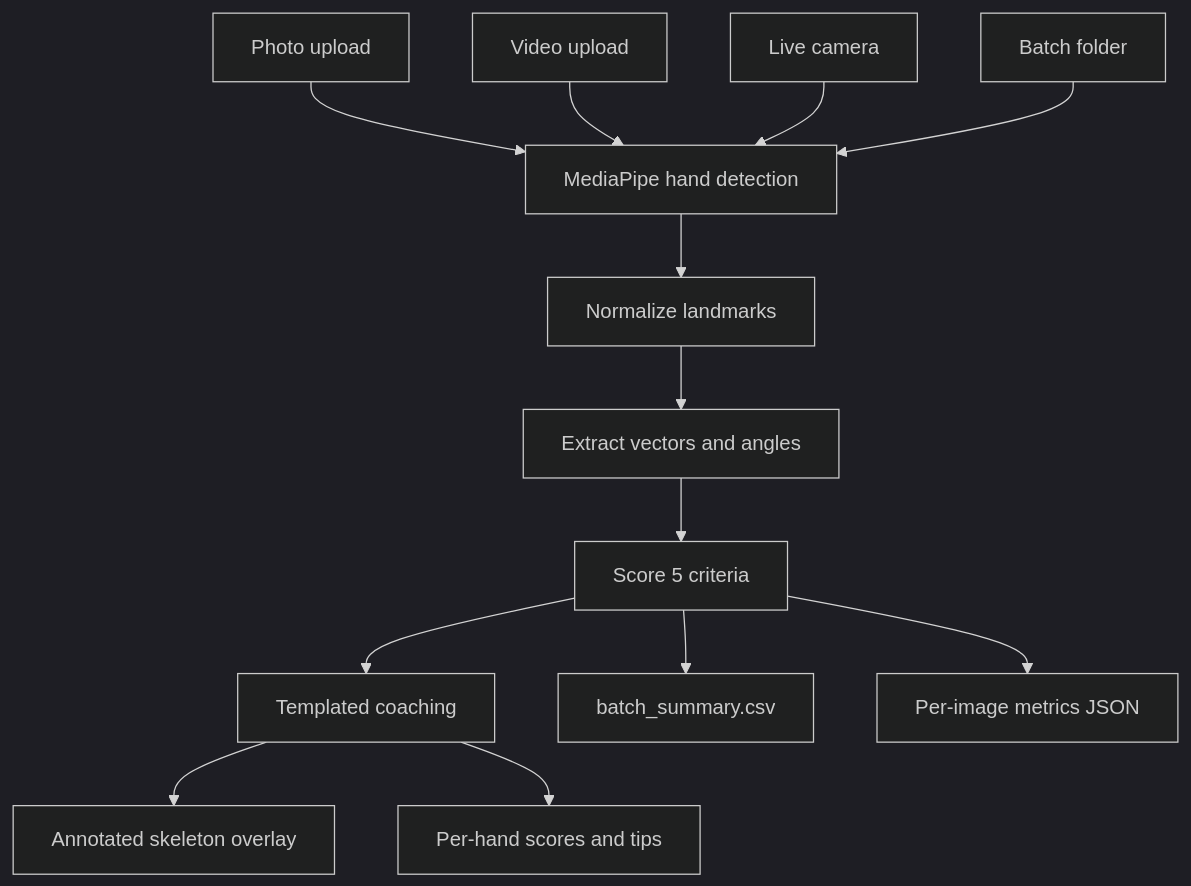
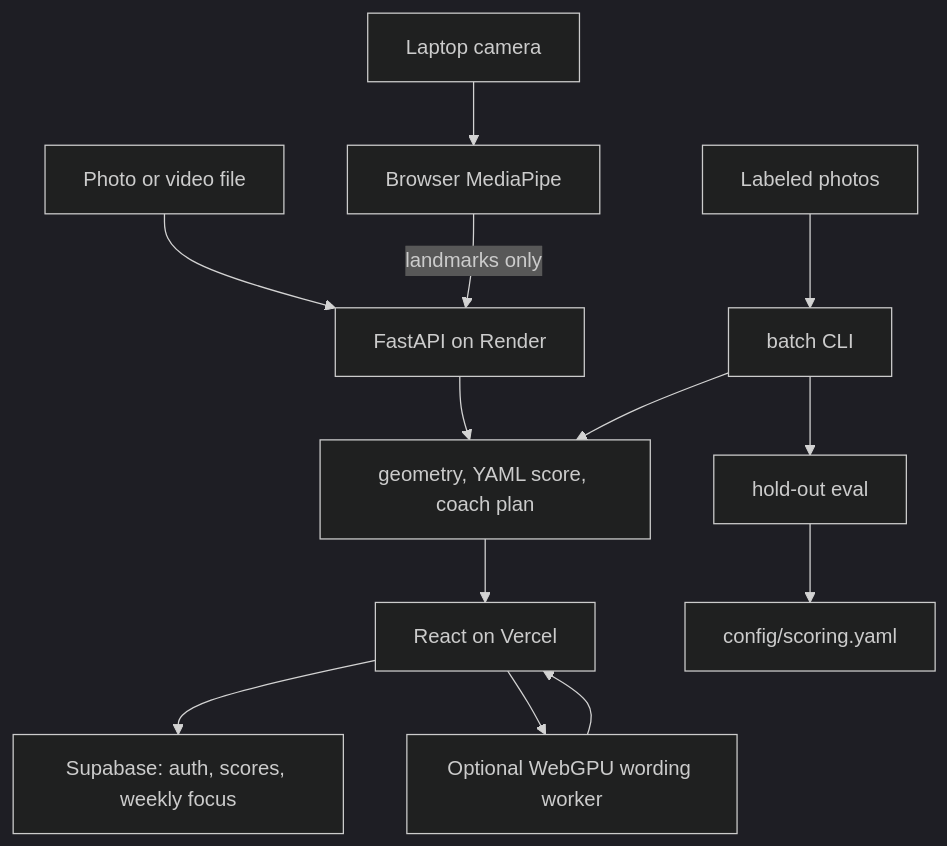
The diagram in README.md (defAaron/TechniqueTitan), drawn with Mermaid (dark theme) before and after one commit. The commit also changed other lines of this file and 29 other files, not shown here.

````diff
--- a/README.md
+++ b/README.md
@@ -287,15 +53,15 @@
 ```mermaid
 graph TD
-    Photo["Photo upload"] --> Detect["MediaPipe hand detection"]
-    Video["Video upload"] --> Detect
-    LiveCam["Live camera"] --> Detect
-    Batch["Batch folder"] --> Detect
-    Detect --> Norm["Normalize landmarks"]
-    Norm --> Features["Extract vectors and angles"]
-    Features --> Score["Score 5 criteria"]
-    Score --> Coach["Templated coaching"]
-    Coach --> Overlay["Annotated skeleton overlay"]
-    Coach --> Panel["Per-hand scores and tips"]
-    Score --> CSV["batch_summary.csv"]
-    Score --> JSON["Per-image metrics JSON"]
+    Cam["Laptop camera"] --> BrowserMP["Browser MediaPipe"]
+    Photo["Photo or video file"] --> API["FastAPI on Render"]
+    BrowserMP -->|"landmarks only"| API
+    API --> Engine["geometry, YAML score, coach plan"]
+    Engine --> UI["React on Vercel"]
+    UI --> Supa["Supabase: auth, scores, weekly focus"]
+    UI --> Worker["Optional WebGPU wording worker"]
+    Worker --> UI
+    Raw["Labeled photos"] --> Batch["batch CLI"]
+    Batch --> Engine
+    Batch --> Eval["hold-out eval"]
+    Eval --> Yaml["config/scoring.yaml"]
 ```
````
